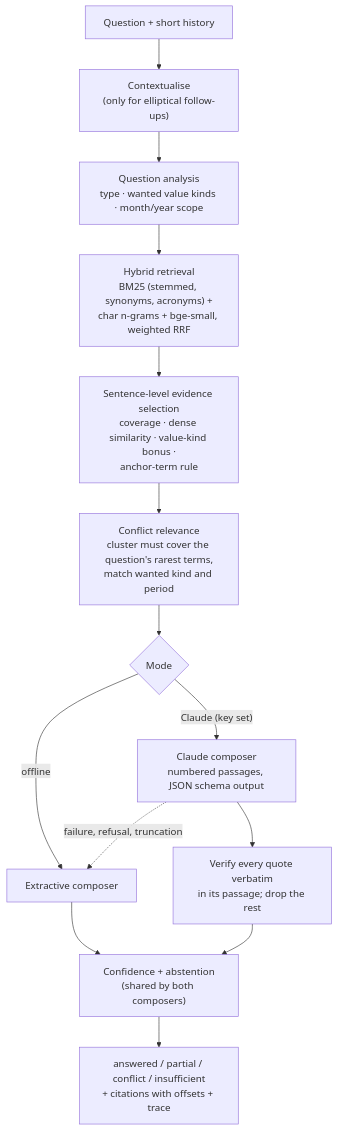
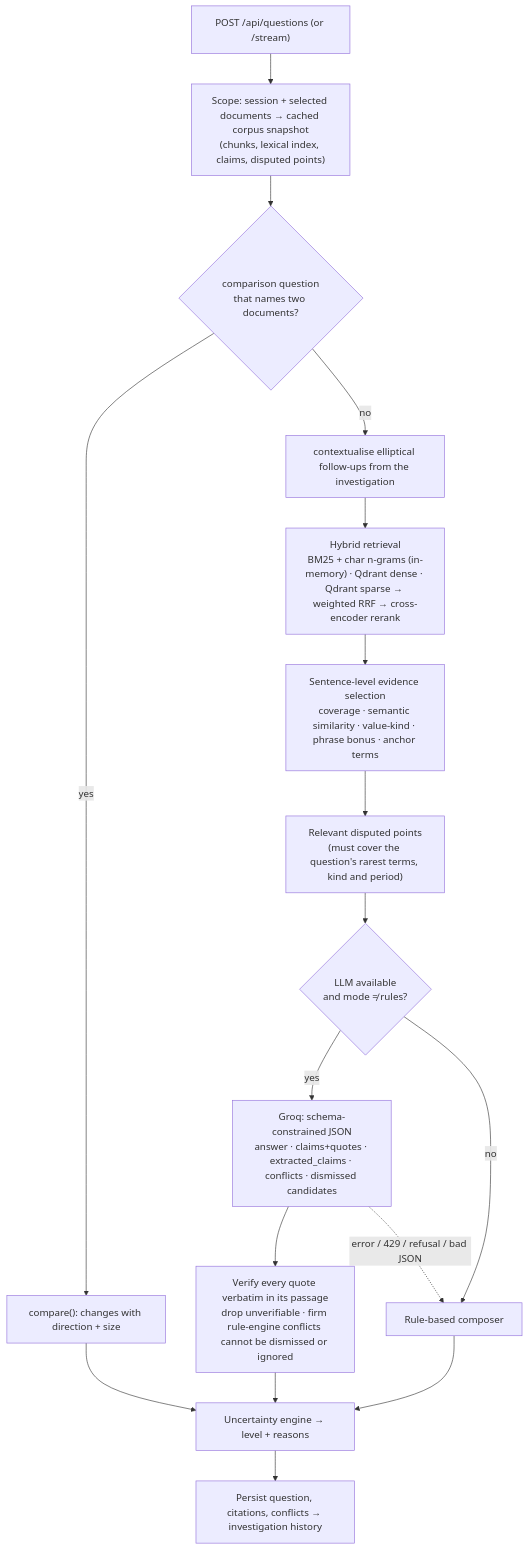
Before and after one commit to sahinurrahman-debug/DocSherlock: the third of 3 diagrams in docs/ARCHITECTURE.md, drawn with Mermaid. The commit also changed other lines of this file and 169 other files, not shown here.

````diff
--- a/docs/ARCHITECTURE.md
+++ b/docs/ARCHITECTURE.md
@@ -76,16 +60,19 @@
 ```mermaid
 flowchart TD
-    Q[Question + short history] --> CX["Contextualise<br/>(only for elliptical follow-ups)"]
-    CX --> AN["Question analysis<br/>type · wanted value kinds · month/year scope"]
-    AN --> RET["Hybrid retrieval<br/>BM25 (stemmed, synonyms, acronyms) +<br/>char n-grams + bge-small, weighted RRF"]
-    RET --> EV["Sentence-level evidence selection<br/>coverage · dense similarity · value-kind bonus ·<br/>anchor-term rule"]
-    EV --> CR["Conflict relevance<br/>cluster must cover the question's rarest terms,<br/>match wanted kind and period"]
-    CR --> M{Mode}
-    M -- offline --> EX[Extractive composer]
-    M -- "Claude (key set)" --> LC[Claude composer<br/>numbered passages, JSON schema output]
-    LC --> VER["Verify every quote verbatim<br/>in its passage; drop the rest"]
-    EX --> CF
-    VER --> CF["Confidence + abstention<br/>(shared by both composers)"]
-    CF --> OUT["answered / partial / conflict / insufficient<br/>+ citations with offsets + trace"]
-    LC -. "failure, refusal, truncation" .-> EX
+    Q["POST /api/questions (or /stream)"] --> SC["Scope: session + selected documents → cached corpus snapshot<br/>(chunks, lexical index, claims, disputed points)"]
+    SC --> CMP{"comparison question<br/>that names two documents?"}
+    CMP -- yes --> CO["compare(): changes with direction + size"]
+    CMP -- no --> CX["contextualise elliptical follow-ups from the investigation"]
+    CX --> RET["Hybrid retrieval<br/>BM25 + char n-grams (in-memory) · Qdrant dense · Qdrant sparse → weighted RRF → cross-encoder rerank"]
+    RET --> EV["Sentence-level evidence selection<br/>coverage · semantic similarity · value-kind · phrase bonus · anchor terms"]
+    EV --> CR["Relevant disputed points<br/>(must cover the question's rarest terms, kind and period)"]
+    CR --> LLM{"LLM available<br/>and mode ≠ rules?"}
+    LLM -- yes --> G["Groq: schema-constrained JSON<br/>answer · claims+quotes · extracted_claims · conflicts · dismissed candidates"]
+    G --> VER["Verify every quote verbatim in its passage<br/>drop unverifiable · firm rule-engine conflicts cannot be dismissed or ignored"]
+    LLM -- no --> RB["Rule-based composer"]
+    G -. "error / 429 / refusal / bad JSON" .-> RB
+    VER --> UNC["Uncertainty engine → level + reasons"]
+    RB --> UNC
+    CO --> UNC
+    UNC --> P["Persist question, citations, conflicts → investigation history"]
 ```
````
